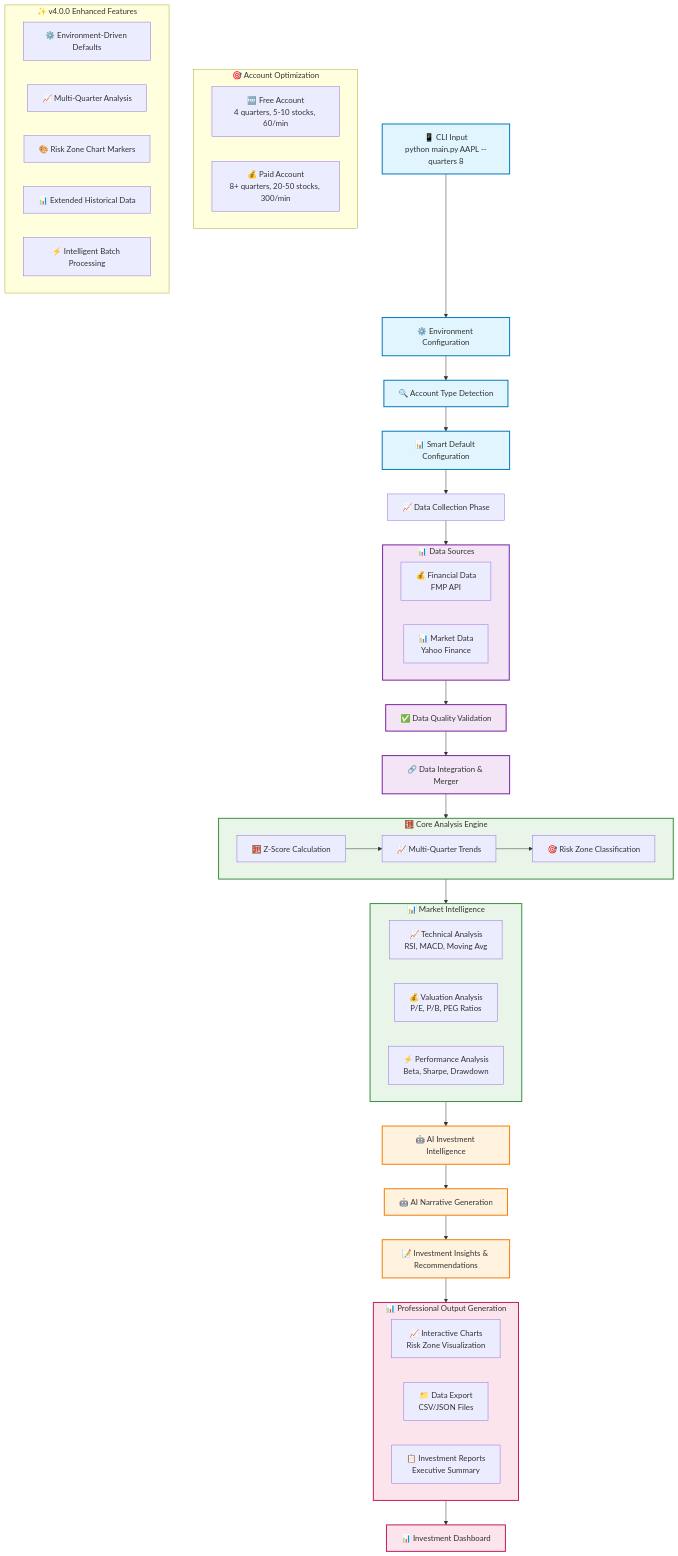
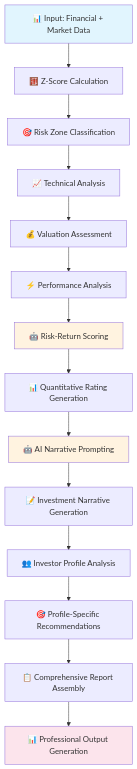
The diagram in FLOW.md (fabioc-aloha/Altman-Z-Score), drawn with Mermaid before and after one commit. The commit also changed other lines of this file and 40 other files, not shown here.

````diff
--- a/FLOW.md
+++ b/FLOW.md
@@ -125,82 +418,26 @@
 ```mermaid
 flowchart TD
-    %% Input & Configuration Layer
-    A[📱 CLI Input<br/>python main.py AAPL --quarters 8] --> B[⚙️ Environment Configuration]
-    B --> C[🔍 Account Type Detection]
-    C --> D[📊 Smart Default Configuration]
+    A[📊 Input: Financial + Market Data] --> B[🧮 Z-Score Calculation]
     
-    %% Data Collection Layer
-    D --> E[📈 Data Collection Phase]
+    B --> C[🎯 Risk Zone Classification]
+    C --> D[📈 Technical Analysis]
+    D --> E[💰 Valuation Assessment]
+    E --> F[⚡ Performance Analysis]
     
-    subgraph DataSources [" 📊 Data Sources "]
-        G[💰 Financial Data<br/>FMP API]
-        H[📊 Market Data<br/>Yahoo Finance]
-    end
+    F --> G[🤖 Risk-Return Scoring]
+    G --> H[📊 Quantitative Rating Generation]
     
-    E --> DataSources
-    DataSources --> I[✅ Data Quality Validation]
-    I --> J[🔗 Data Integration & Merger]
+    H --> I[🤖 AI Narrative Prompting]
+    I --> J[📝 Investment Narrative Generation]
     
-    %% Analysis Layer
-    subgraph Analysis [" 🧮 Core Analysis Engine "]
-        K[🧮 Z-Score Calculation]
-        L[📈 Multi-Quarter Trends]
-        M[🎯 Risk Zone Classification]
-        K --> L
-        L --> M
-    end
+    J --> K[👥 Investor Profile Analysis]
+    K --> L[🎯 Profile-Specific Recommendations]
     
-    J --> Analysis
+    L --> M[📋 Comprehensive Report Assembly]
+    M --> N[📊 Professional Output Generation]
     
-    %% Market Intelligence Layer
-    subgraph MarketLayer [" 📊 Market Intelligence "]
-        O[📈 Technical Analysis<br/>RSI, MACD, Moving Avg]
-        P[💰 Valuation Analysis<br/>P/E, P/B, PEG Ratios]
-        Q[⚡ Performance Analysis<br/>Beta, Sharpe, Drawdown]
-    end
-    
-    Analysis --> MarketLayer
-    
-    %% AI Layer
-    MarketLayer --> R[🤖 AI Investment Intelligence]
-    R --> S[🤖 AI Narrative Generation]
-    S --> T[📝 Investment Insights & Recommendations]
-    
-    %% Output Layer
-    subgraph OutputLayer [" 📊 Professional Output Generation "]
-        V[📈 Interactive Charts<br/>Risk Zone Visualization]
-        W[📁 Data Export<br/>CSV/JSON Files]
-        X[📋 Investment Reports<br/>Executive Summary]
-    end
-    
-    T --> OutputLayer
-    OutputLayer --> Y[📊 Investment Dashboard]
-    
-    %% Account Optimization
-    subgraph AccountOpt [" 🎯 Account Optimization "]
-        Z1[🆓 Free Account<br/>4 quarters, 5-10 stocks, 60/min]
-        Z2[💰 Paid Account<br/>8+ quarters, 20-50 stocks, 300/min]
-    end
-    
-    %% v4.0.0 Features
-    subgraph Features [" ✨ v4.0.0 Enhanced Features "]
-        F1[⚙️ Environment-Driven Defaults]
-        F2[📈 Multi-Quarter Analysis]
-        F3[🎨 Risk Zone Chart Markers]
-        F4[📊 Extended Historical Data]
-        F5[⚡ Intelligent Batch Processing]
-    end
-    
-    %% Styling
-    classDef inputStyle fill:#e1f5fe,stroke:#0277bd,stroke-width:2px
-    classDef dataStyle fill:#f3e5f5,stroke:#7b1fa2,stroke-width:2px
-    classDef analysisStyle fill:#e8f5e8,stroke:#388e3c,stroke-width:2px
-    classDef aiStyle fill:#fff3e0,stroke:#f57c00,stroke-width:2px
-    classDef outputStyle fill:#fce4ec,stroke:#c2185b,stroke-width:2px
-    
-    class A,B,C,D inputStyle
-    class DataSources,I,J dataStyle
-    class Analysis,MarketLayer analysisStyle
-    class R,S,T aiStyle
-    class OutputLayer,Y outputStyle
+    style A fill:#e1f5fe
+    style G fill:#fff3e0  
+    style I fill:#fff3e0
+    style N fill:#fce4ec
 ```
````
